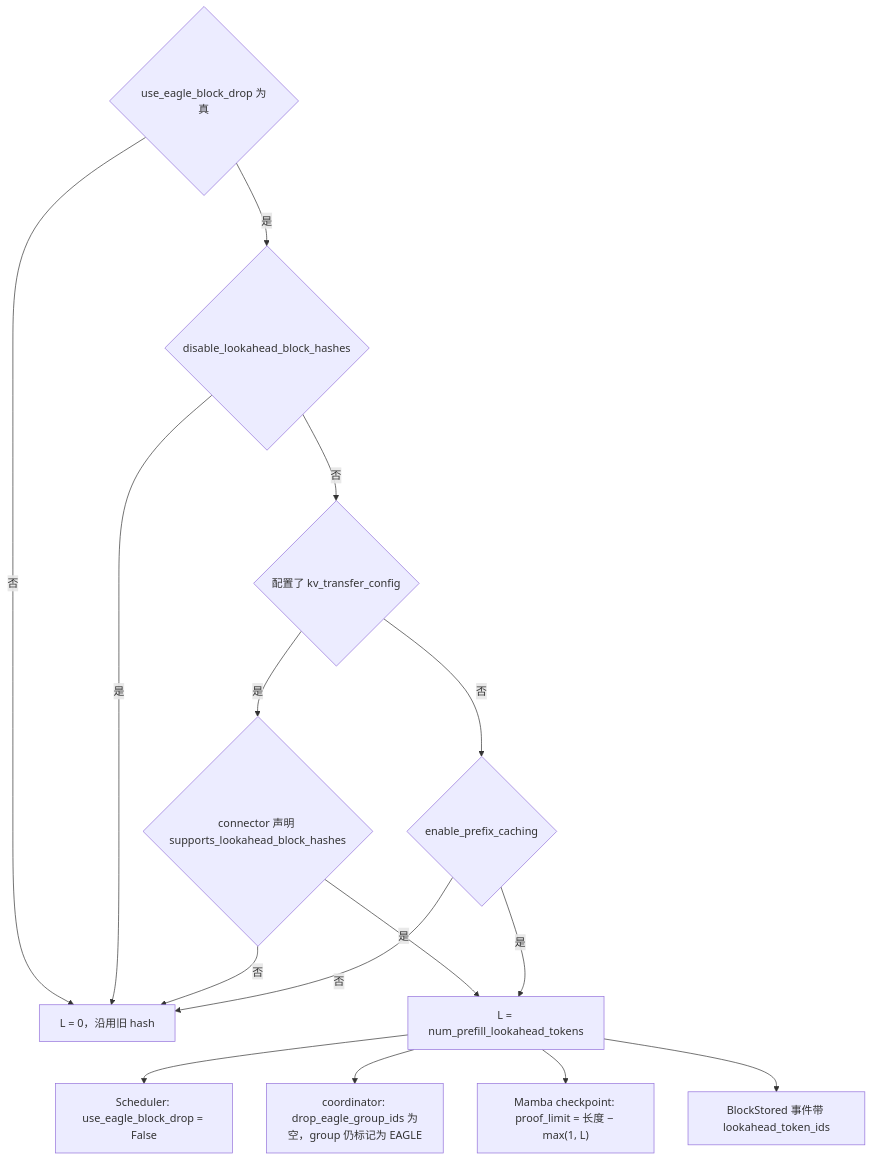
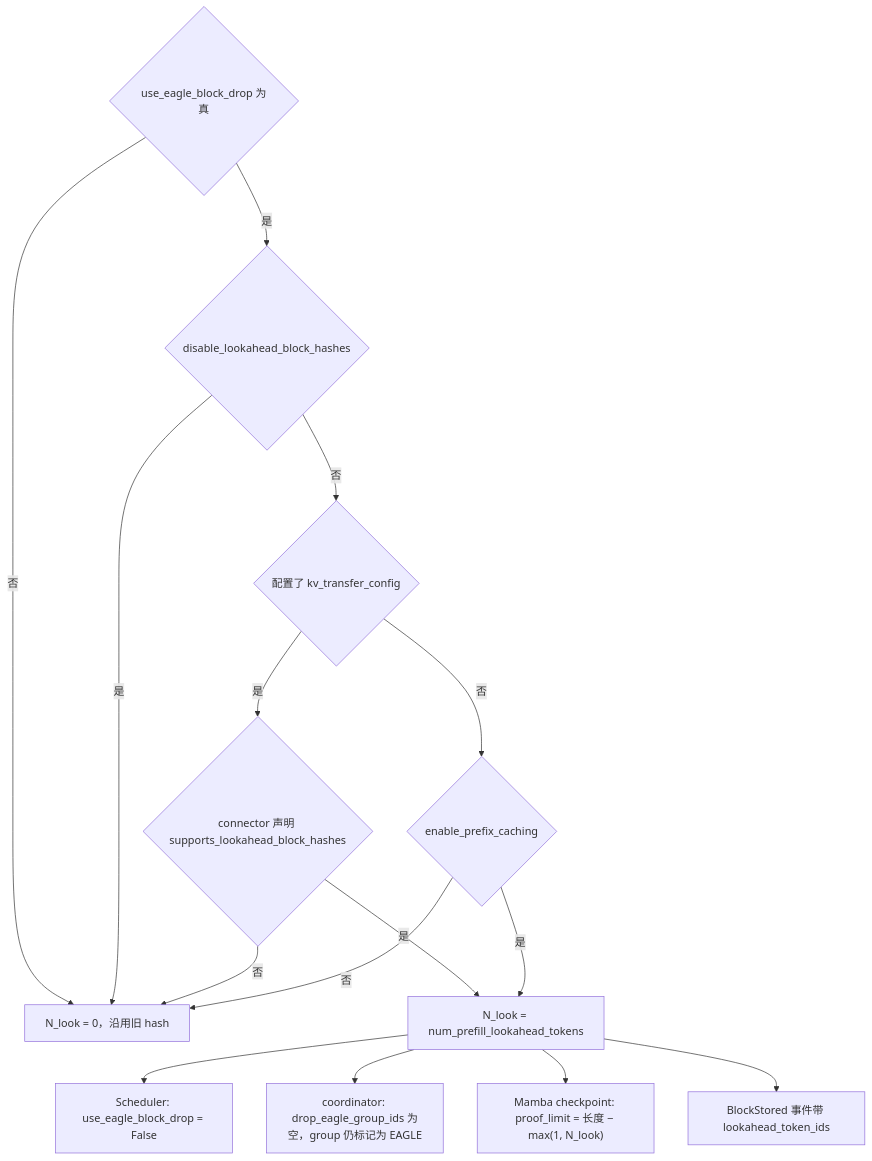
Diagram 26 of 36 in book/05-kv-cache/README.md (cluster1900/vllm_reader), drawn with Mermaid before and after one commit. The commit also changed other lines of this file, not shown here.

First line of the commit message:
docs(ch05): F/D 批次 B4 — 公式模板、推导算例、改名与必做图 (#24)

````diff
--- a/book/05-kv-cache/README.md
+++ b/book/05-kv-cache/README.md
@@ -1246,17 +1533,17 @@
 ```mermaid
 flowchart TD
-    A{use_eagle_block_drop 为真} -->|否| OFF[L = 0，沿用旧 hash]
+    A{use_eagle_block_drop 为真} -->|否| OFF[N_look = 0，沿用旧 hash]
     A -->|是| B{disable_lookahead_block_hashes}
     B -->|是| OFF
     B -->|否| D{配置了 kv_transfer_config}
     D -->|是| K{connector 声明 supports_lookahead_block_hashes}
     K -->|否| OFF
-    K -->|是| ON[L = num_prefill_lookahead_tokens]
+    K -->|是| ON[N_look = num_prefill_lookahead_tokens]
     D -->|否| C{enable_prefix_caching}
     C -->|否| OFF
     C -->|是| ON
     ON --> S1[Scheduler: use_eagle_block_drop = False]
     ON --> S2[coordinator: drop_eagle_group_ids 为空，group 仍标记为 EAGLE]
-    ON --> S3["Mamba checkpoint: proof_limit = 长度 − max(1, L)"]
+    ON --> S3["Mamba checkpoint: proof_limit = 长度 − max(1, N_look)"]
     ON --> S4[BlockStored 事件带 lookahead_token_ids]
 ```
````
